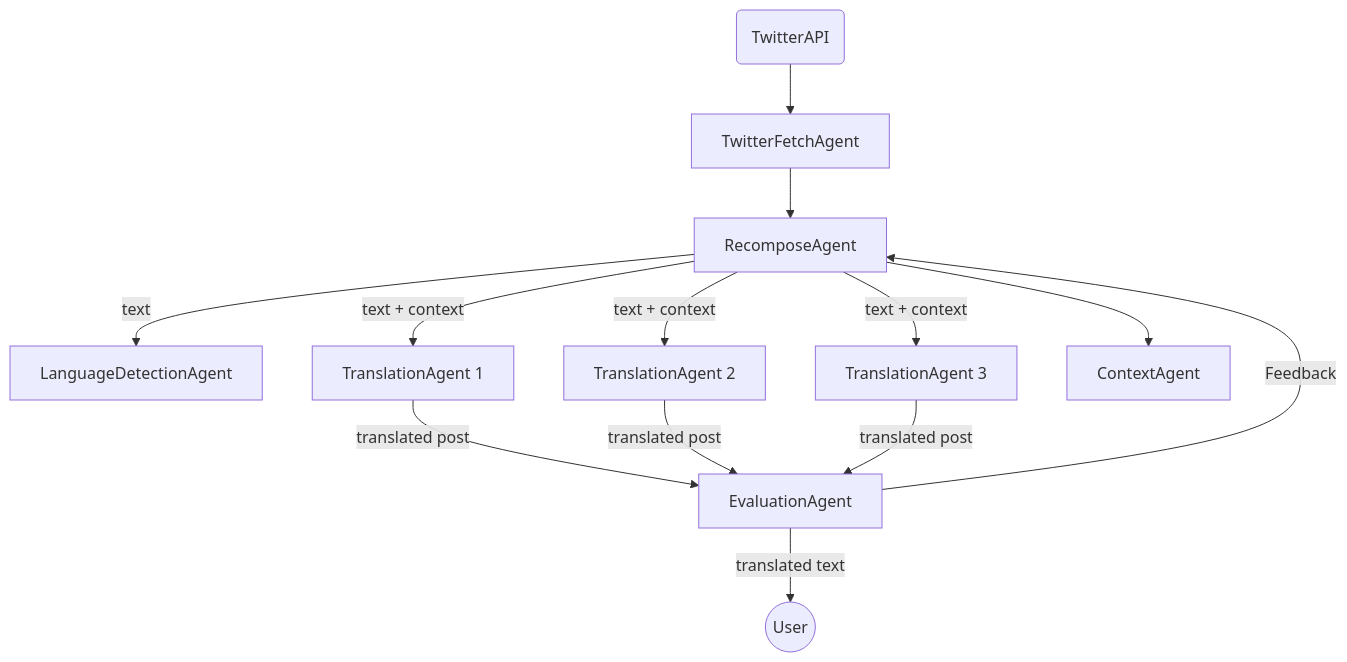
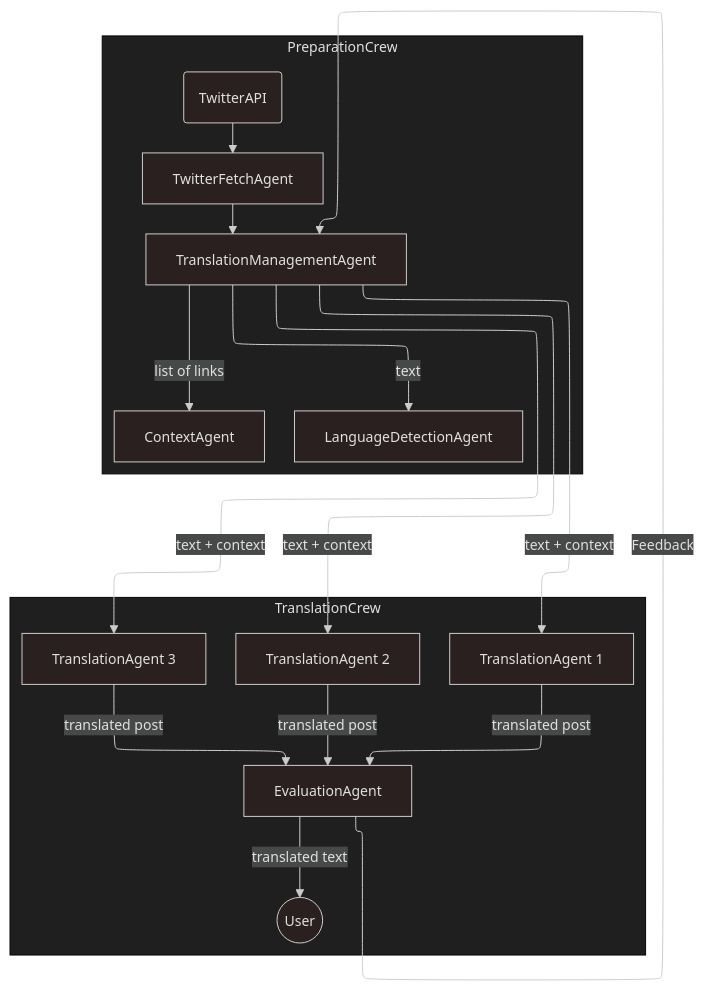
Before and after one commit to ctseng777/babel_crewai: the diagram in doc/Architecture.mermaid, drawn with Mermaid. The commit also changed other lines of this file and 10 other files, not shown here.

Commit message:
Revise architecture diagrams

```diff
--- a/doc/Architecture.mermaid
+++ b/doc/Architecture.mermaid
@@ -1,24 +1,30 @@
+---
+config:
+  theme: neo-dark
+  layout: elk
+---
 flowchart TD
-    Twitter(TwitterAPI)
-    F[TwitterFetchAgent]
-    R[RecomposeAgent]
-    L[LanguageDetectionAgent]
-    T1[TranslationAgent 1]
-    T2[TranslationAgent 2]
-    T3[TranslationAgent 3]
-    S[ContextAgent]
-    E[EvaluationAgent]
-    U((User))
-    
+ subgraph PreparationCrew["PreparationCrew"]
+        Twitter("TwitterAPI")
+        F["TwitterFetchAgent"]
+        M["TranslationManagementAgent"]
+        L["LanguageDetectionAgent"]
+        C["ContextAgent"]
+  end
+ subgraph TranslationCrew["TranslationCrew"]
+        T1["TranslationAgent 1"]
+        T2["TranslationAgent 2"]
+        T3["TranslationAgent 3"]
+        E["EvaluationAgent"]
+        U(("User"))
+  end
     Twitter --> F
-    F --> R
-    R -->|text| L
-    R --> S
-    R -->|text + context| T1
-    R -->|text + context| T2
-    R -->|text + context| T3
-    T1 -->|translated post| E
-    T2 -->|translated post| E
-    T3 -->|translated post| E
-    E -->|Feedback| R
-    E -->|translated text| U
+    F --> M
+    M -- text --> L
+    M -- list of links --> C
+    M -- text + context --> T1 & T2 & T3
+    T1 -- translated post --> E
+    T2 -- translated post --> E
+    T3 -- translated post --> E
+    E -- Feedback --> M
+    E -- translated text --> U
```
